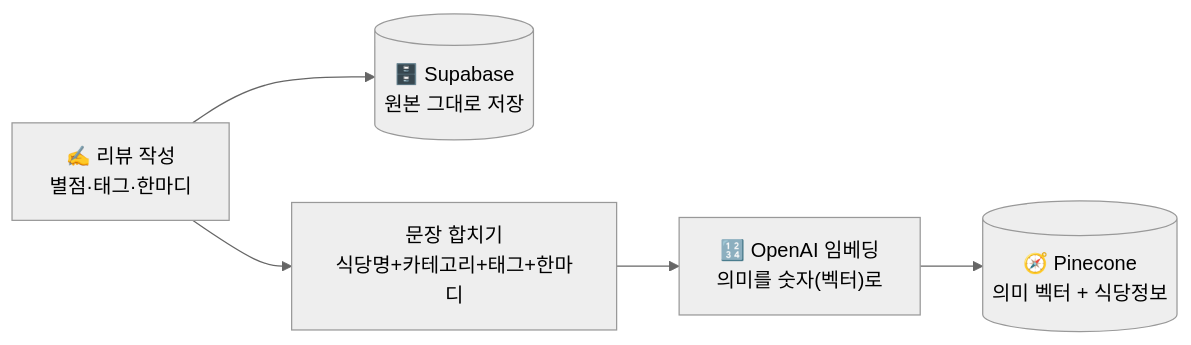
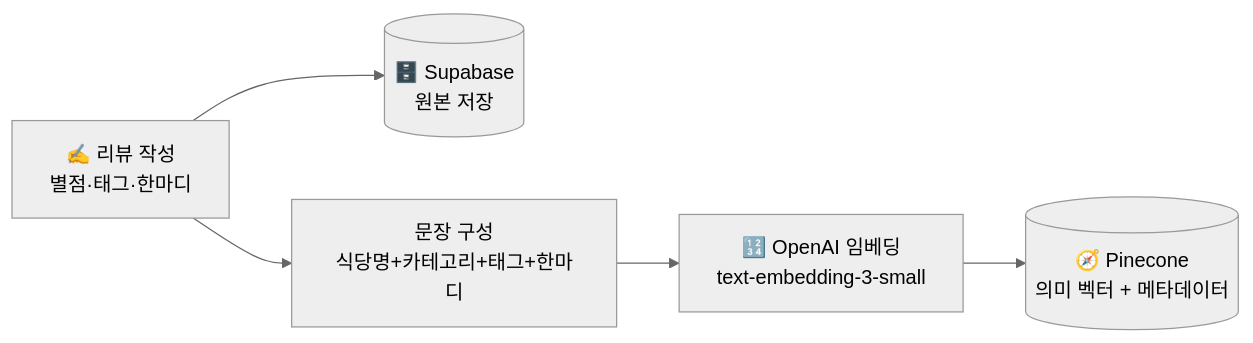
The second of 6 diagrams in README.md (hanulkimm/biz-lunch-lab), drawn with Mermaid (neutral theme) before and after one commit. The commit also changed other lines of this file, not shown here.

````diff
--- a/README.md
+++ b/README.md
@@ -81,7 +85,7 @@
 ```mermaid
 flowchart LR
-    W["✍️ 리뷰 작성<br/>별점·태그·한마디"] --> S[("🗄️ Supabase<br/>원본 그대로 저장")]
-    W --> T["문장 합치기<br/>식당명+카테고리+태그+한마디"]
-    T --> EM["🔢 OpenAI 임베딩<br/>의미를 숫자(벡터)로"]
-    EM --> PC[("🧭 Pinecone<br/>의미 벡터 + 식당정보")]
+    W["✍️ 리뷰 작성<br/>별점·태그·한마디"] --> S[("🗄️ Supabase<br/>원본 저장")]
+    W --> T["문장 구성<br/>식당명+카테고리+태그+한마디"]
+    T --> EM["🔢 OpenAI 임베딩<br/>text-embedding-3-small"]
+    EM --> PC[("🧭 Pinecone<br/>의미 벡터 + 메타데이터")]
 ```
````
